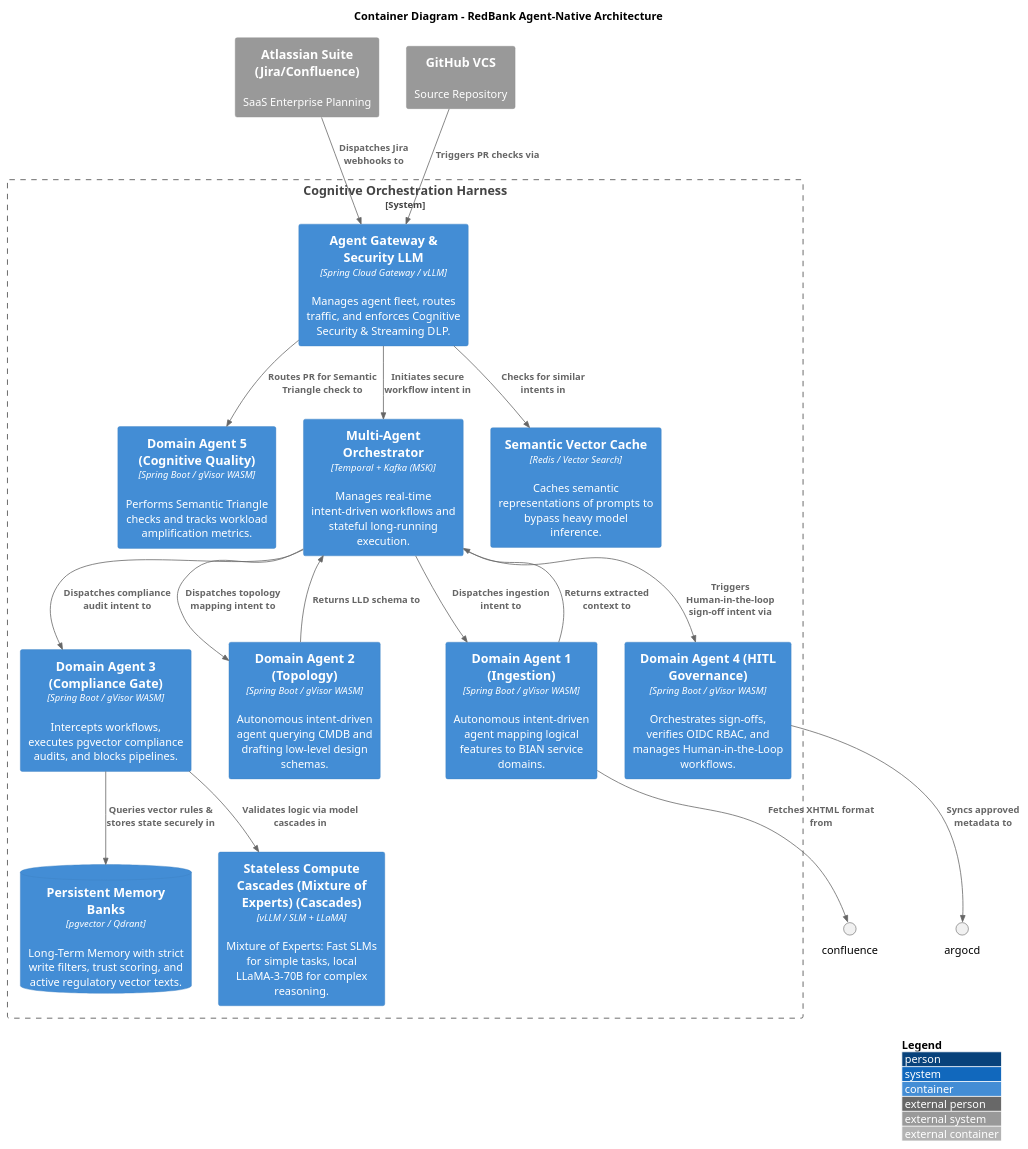
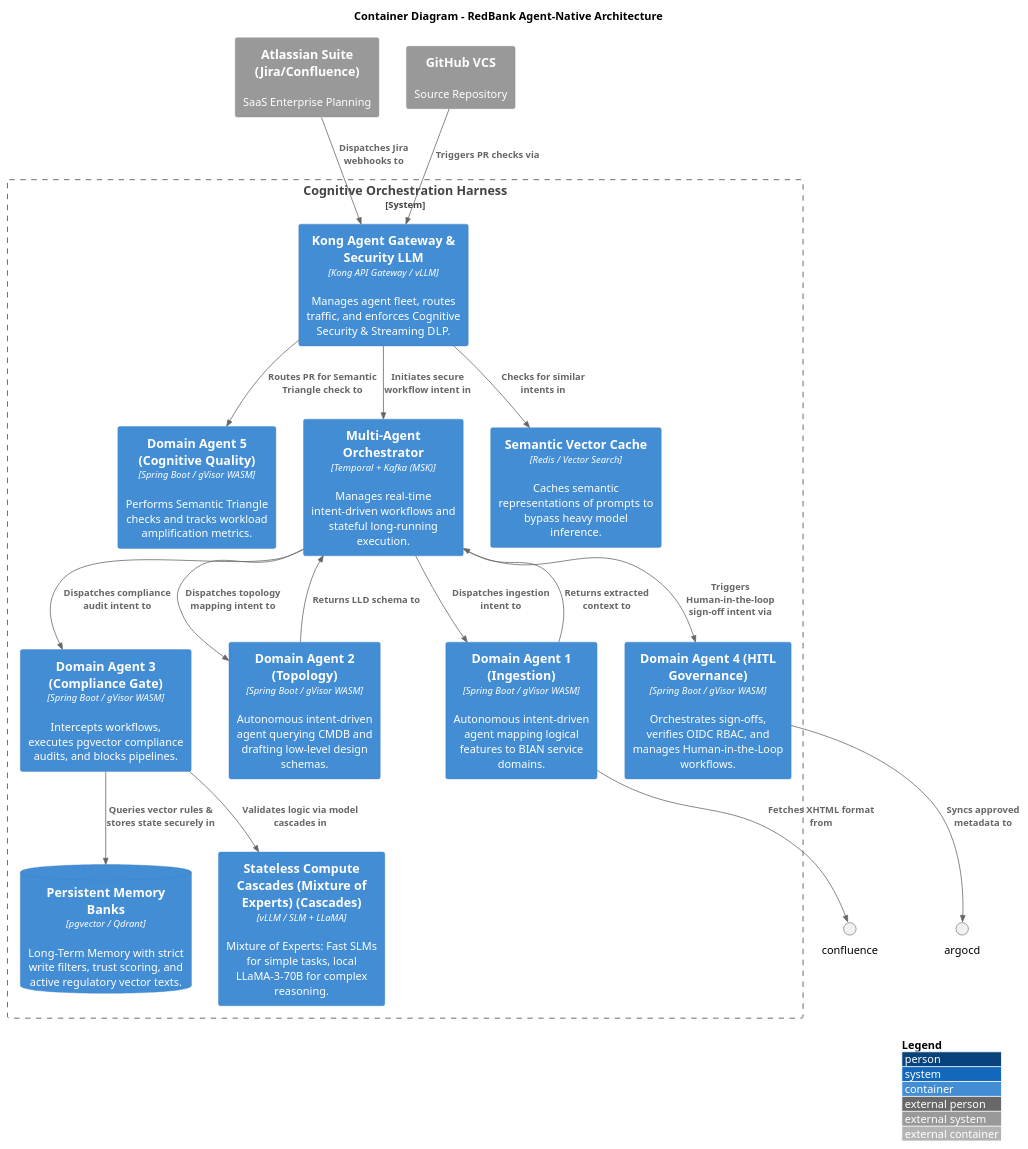
Before and after one commit to COPUR/X_Bank-Agentive-Architecture-Framework: the diagram in redbank-core/c4_container_v2.puml, drawn with PlantUML. The commit also changed 6 other files, not shown here.

Commit message:
refactor: adopt Kong API Gateway as the standard gateway

```diff
--- a/redbank-core/c4_container_v2.puml
+++ b/redbank-core/c4_container_v2.puml
@@ -1,42 +1,42 @@
 @startuml c4_container
 !include https://raw.githubusercontent.com/plantuml-stdlib/C4-PlantUML/master/C4_Container.puml
 
 LAYOUT_WITH_LEGEND()
 
 title Container Diagram - RedBank Agent-Native Architecture
 
 System_Boundary(harness_boundary, "Cognitive Orchestration Harness") {
-    Container(agent_gateway, "Agent Gateway & Security LLM", "Spring Cloud Gateway / vLLM", "Manages agent fleet, routes traffic, and enforces Cognitive Security & Streaming DLP.")
+    Container(agent_gateway, "Kong Agent Gateway & Security LLM", "Kong API Gateway / vLLM", "Manages agent fleet, routes traffic, and enforces Cognitive Security & Streaming DLP.")
     
     Container(agent1, "Domain Agent 1 (Ingestion)", "Spring Boot / gVisor WASM", "Autonomous intent-driven agent mapping logical features to BIAN service domains.")
     Container(agent2, "Domain Agent 2 (Topology)", "Spring Boot / gVisor WASM", "Autonomous intent-driven agent querying CMDB and drafting low-level design schemas.")
     Container(agent3, "Domain Agent 3 (Compliance Gate)", "Spring Boot / gVisor WASM", "Intercepts workflows, executes pgvector compliance audits, and blocks pipelines.")
     Container(agent4, "Domain Agent 4 (HITL Governance)", "Spring Boot / gVisor WASM", "Orchestrates sign-offs, verifies OIDC RBAC, and manages Human-in-the-Loop workflows.")
     Container(agent5, "Domain Agent 5 (Cognitive Quality)", "Spring Boot / gVisor WASM", "Performs Semantic Triangle checks and tracks workload amplification metrics.")
     
     ContainerDb(memory_banks, "Persistent Memory Banks", "pgvector / Qdrant", "Long-Term Memory with strict write filters, trust scoring, and active regulatory vector texts.")
     Container(temporal_kafka, "Multi-Agent Orchestrator", "Temporal + Kafka (MSK)", "Manages real-time intent-driven workflows and stateful long-running execution.")
     
     Container(semantic_cache, "Semantic Vector Cache", "Redis / Vector Search", "Caches semantic representations of prompts to bypass heavy model inference.")
     Container(local_llm, "Stateless Compute Cascades (Mixture of Experts) (Cascades)", "vLLM / SLM + LLaMA", "Mixture of Experts: Fast SLMs for simple tasks, local LLaMA-3-70B for complex reasoning.")
 }
 
 System_Ext(atlassian, "Atlassian Suite (Jira/Confluence)", "SaaS Enterprise Planning")
 System_Ext(github_ext, "GitHub VCS", "Source Repository")
 
 Rel(atlassian, agent_gateway, "Dispatches Jira webhooks to")
 Rel(agent_gateway, semantic_cache, "Checks for similar intents in")
 Rel(agent_gateway, temporal_kafka, "Initiates secure workflow intent in")
 Rel(agent1, confluence, "Fetches XHTML format from")
 Rel(temporal_kafka, agent1, "Dispatches ingestion intent to")
 Rel(agent1, temporal_kafka, "Returns extracted context to")
 Rel(temporal_kafka, agent2, "Dispatches topology mapping intent to")
 Rel(agent2, temporal_kafka, "Returns LLD schema to")
 Rel(temporal_kafka, agent3, "Dispatches compliance audit intent to")
 Rel(agent3, memory_banks, "Queries vector rules & stores state securely in")
 Rel(agent3, local_llm, "Validates logic via model cascades in")
 Rel(temporal_kafka, agent4, "Triggers Human-in-the-loop sign-off intent via")
 Rel(agent4, argocd, "Syncs approved metadata to")
 Rel(github_ext, agent_gateway, "Triggers PR checks via")
 Rel(agent_gateway, agent5, "Routes PR for Semantic Triangle check to")
 @enduml
```
